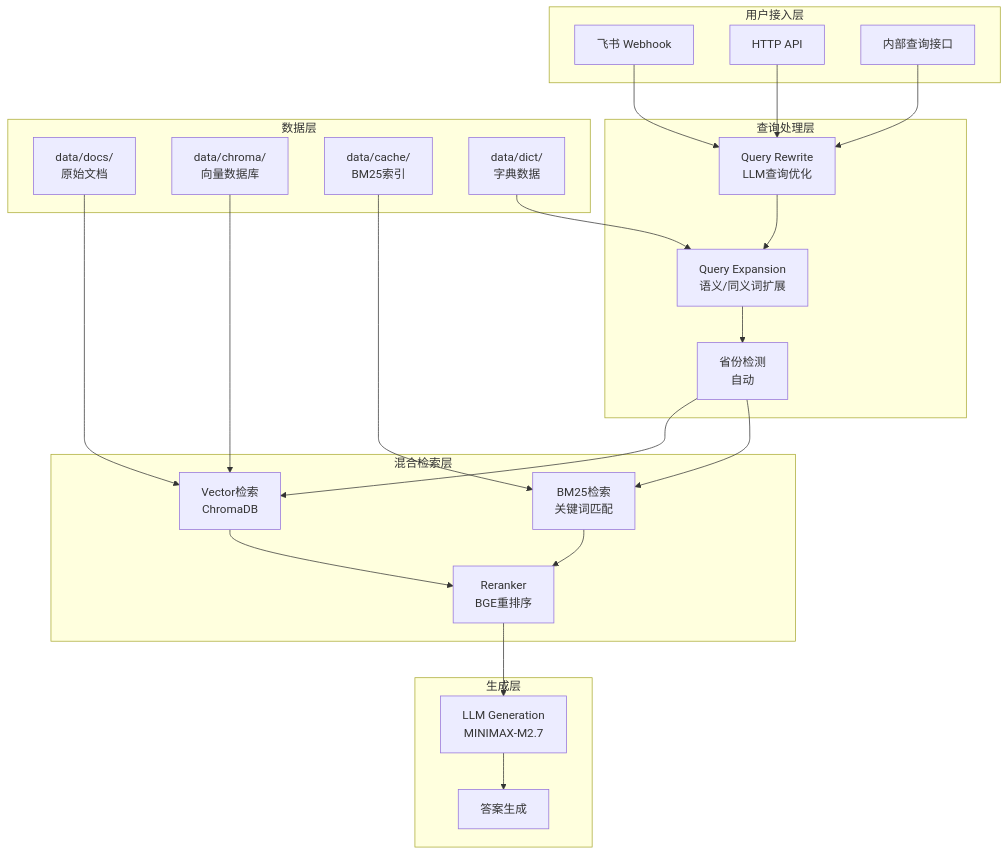
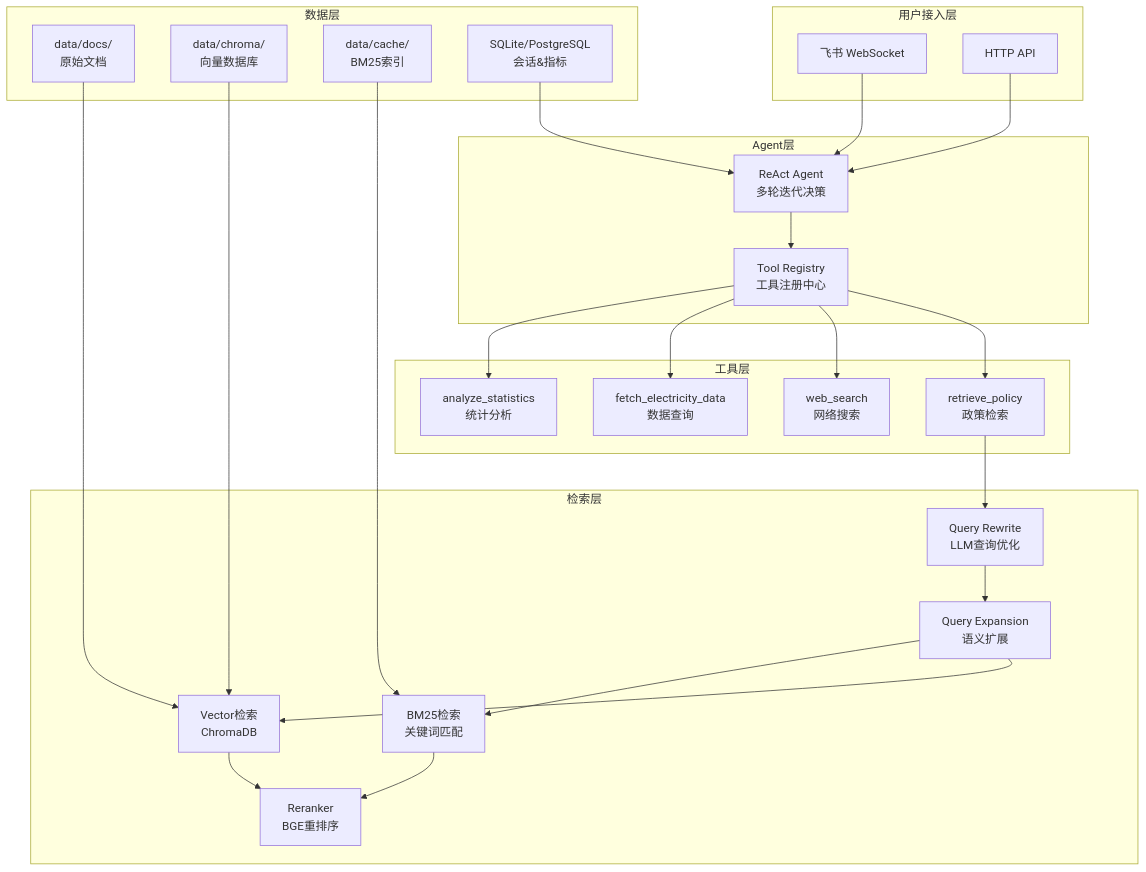
Before and after one commit to kieran-He/electric-rule-agent: the first of 3 diagrams in README.md, drawn with Mermaid. The commit also changed other lines of this file, not shown here.

````diff
--- a/README.md
+++ b/README.md
@@ -21,49 +30,52 @@
 ```mermaid
 graph TB
     subgraph "用户接入层"
-        A1[飞书 Webhook]
+        A1[飞书 WebSocket]
         A2[HTTP API]
-        A3[内部查询接口]
     end
     
-    subgraph "查询处理层"
-        B1[Query Rewrite<br/>LLM查询优化]
-        B2[Query Expansion<br/>语义/同义词扩展]
-        B3[省份检测<br/>自动]
+    subgraph "Agent层"
+        B1[ReAct Agent<br/>多轮迭代决策]
+        B2[Tool Registry<br/>工具注册中心]
     end
     
-    subgraph "混合检索层"
-        C1[Vector检索<br/>ChromaDB]
-        C2[BM25检索<br/>关键词匹配]
-        C3[Reranker<br/>BGE重排序]
+    subgraph "工具层"
+        C1[retrieve_policy<br/>政策检索]
+        C2[web_search<br/>网络搜索]
+        C3[fetch_electricity_data<br/>数据查询]
+        C4[analyze_statistics<br/>统计分析]
     end
     
-    subgraph "生成层"
-        D1[LLM Generation<br/>MINIMAX-M2.7]
-        D2[答案生成]
+    subgraph "检索层"
+        D1[Query Rewrite<br/>LLM查询优化]
+        D2[Query Expansion<br/>语义扩展]
+        D3[Vector检索<br/>ChromaDB]
+        D4[BM25检索<br/>关键词匹配]
+        D5[Reranker<br/>BGE重排序]
     end
     
     subgraph "数据层"
         E1[data/docs/<br/>原始文档]
         E2[data/chroma/<br/>向量数据库]
         E3[data/cache/<br/>BM25索引]
-        E4[data/dict/<br/>字典数据]
+        E4[SQLite/PostgreSQL<br/>会话&指标]
     end
     
     A1 --> B1
     A2 --> B1
-    A3 --> B1
     B1 --> B2
-    B2 --> B3
-    B3 --> C1
-    B3 --> C2
-    C1 --> C3
-    C2 --> C3
-    C3 --> D1
+    B2 --> C1
+    B2 --> C2
+    B2 --> C3
+    B2 --> C4
+    C1 --> D1
     D1 --> D2
-    
-    E1 --> C1
-    E2 --> C1
-    E3 --> C2
-    E4 --> B2
+    D2 --> D3
+    D2 --> D4
+    D3 --> D5
+    D4 --> D5
+    E1 --> D3
+    E2 --> D3
+    E3 --> D4
+    E4 --> B1
 ```
````
